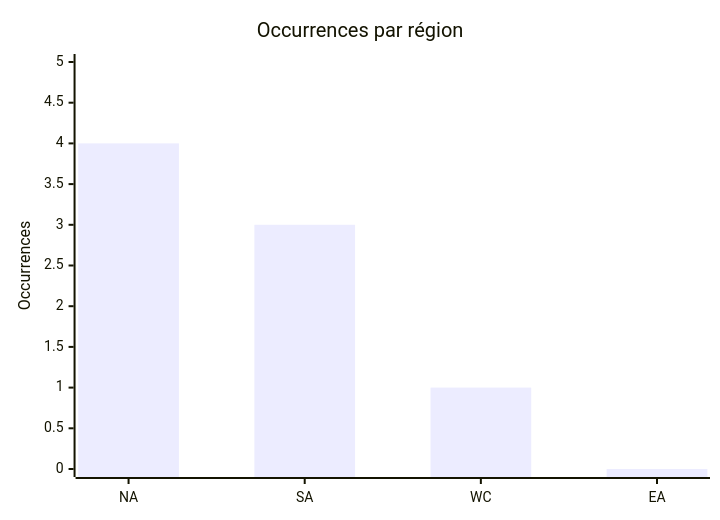
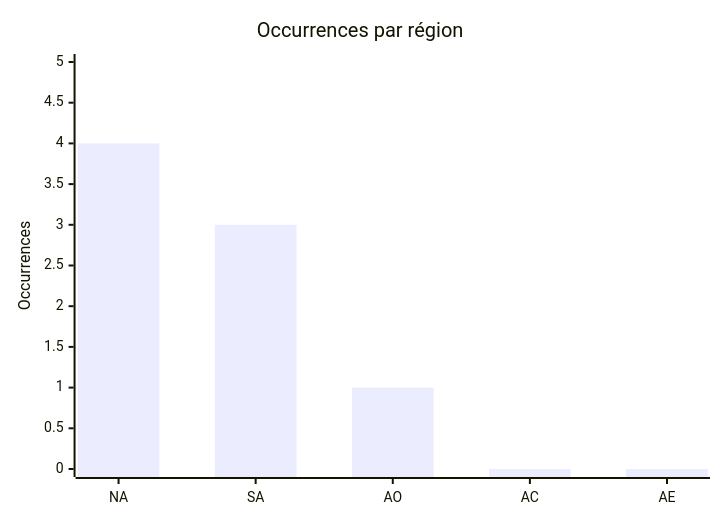
One commit to Hatchepsoute/AFRINTEL changed the fourth of 6 diagrams in CyberAttackAfrica/2025/02-february/README_FR.md. Above: the diagram before and after it, drawn with Mermaid. The commit also changed other lines of this file and 109 other files, not shown here.

````diff
--- a/CyberAttackAfrica/2025/02-february/README_FR.md
+++ b/CyberAttackAfrica/2025/02-february/README_FR.md
@@ -119,7 +120,7 @@
 ```mermaid
 xychart
     title "Occurrences par région"
-    x-axis ["NA","SA","WC","EA"]
+    x-axis ["NA","SA","AO","AC","AE"]
     y-axis "Occurrences" 0 --> 5
-    bar [4,3,1,0]
+    bar [4,3,1,0,0]
 ```
````
